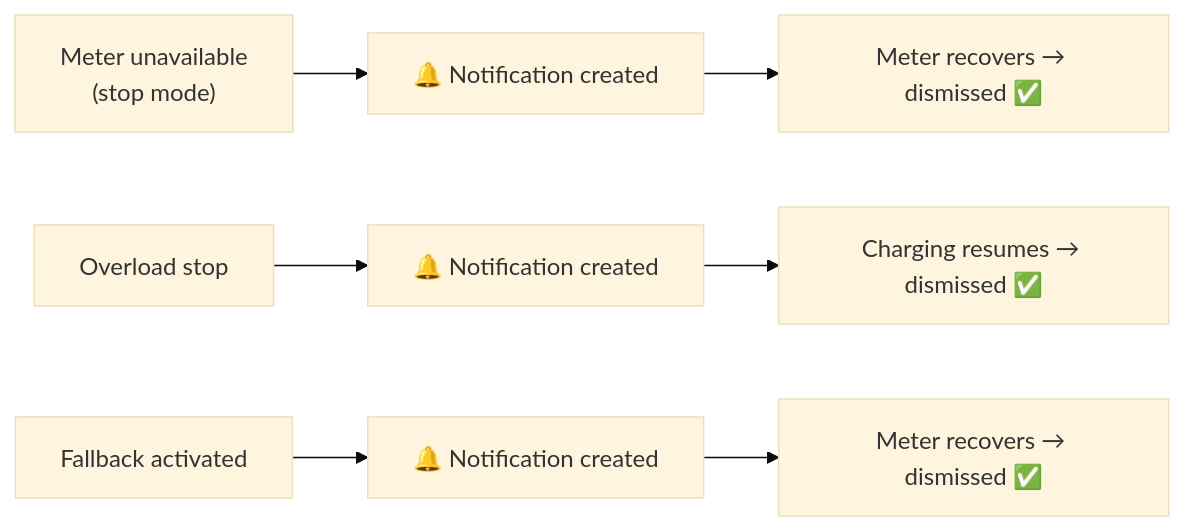
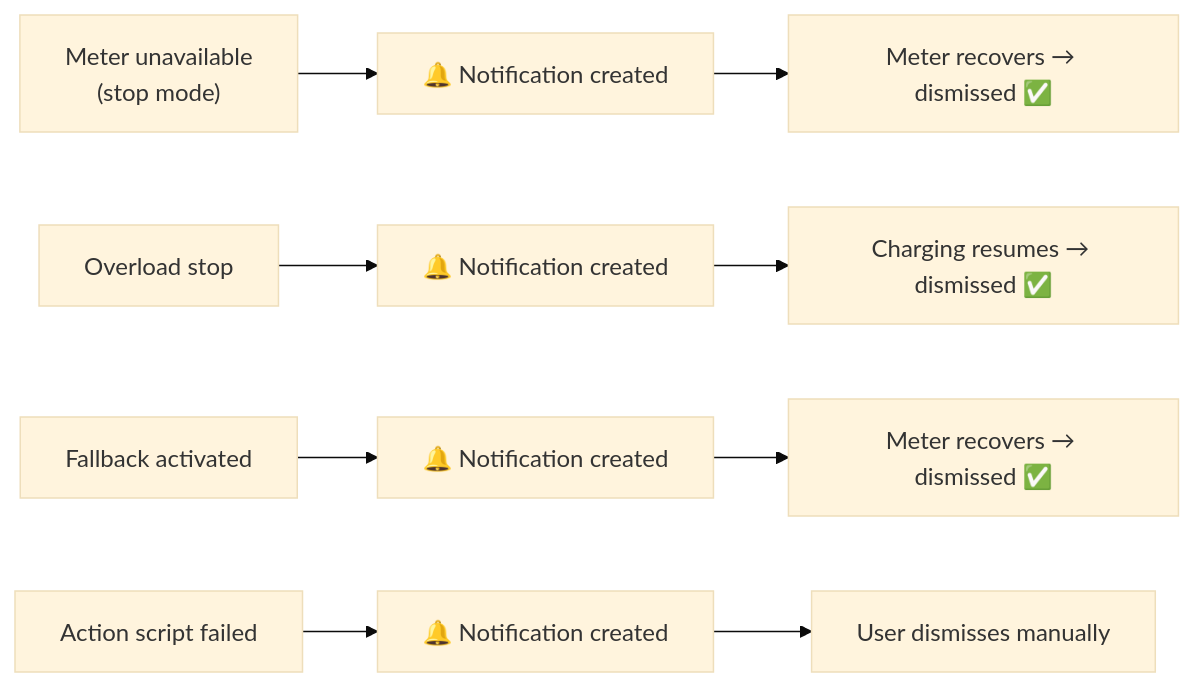
One commit to alexisml/ev-charger-load-balancing changed the second of 2 diagrams in docs/documentation/event-notifications-guide.md. Above: the diagram before and after it, drawn with Mermaid (base theme). The commit also changed other lines of this file and 4 other files, not shown here.

Commit message:
Handle action script errors: broaden exception catch + add persistent notification (#44)

````diff
--- a/docs/documentation/event-notifications-guide.md
+++ b/docs/documentation/event-notifications-guide.md
@@ -91,10 +91,12 @@
 ```mermaid
 flowchart LR
     F1["Meter unavailable<br/>(stop mode)"] --> N1["🔔 Notification created"]
     F2["Overload stop"] --> N2["🔔 Notification created"]
     F3["Fallback activated"] --> N3["🔔 Notification created"]
+    F4["Action script failed"] --> N4["🔔 Notification created"]
 
     N1 --> R1["Meter recovers → dismissed ✅"]
     N2 --> R2["Charging resumes → dismissed ✅"]
     N3 --> R3["Meter recovers → dismissed ✅"]
+    N4 --> R4["User dismisses manually"]
 ```
````
